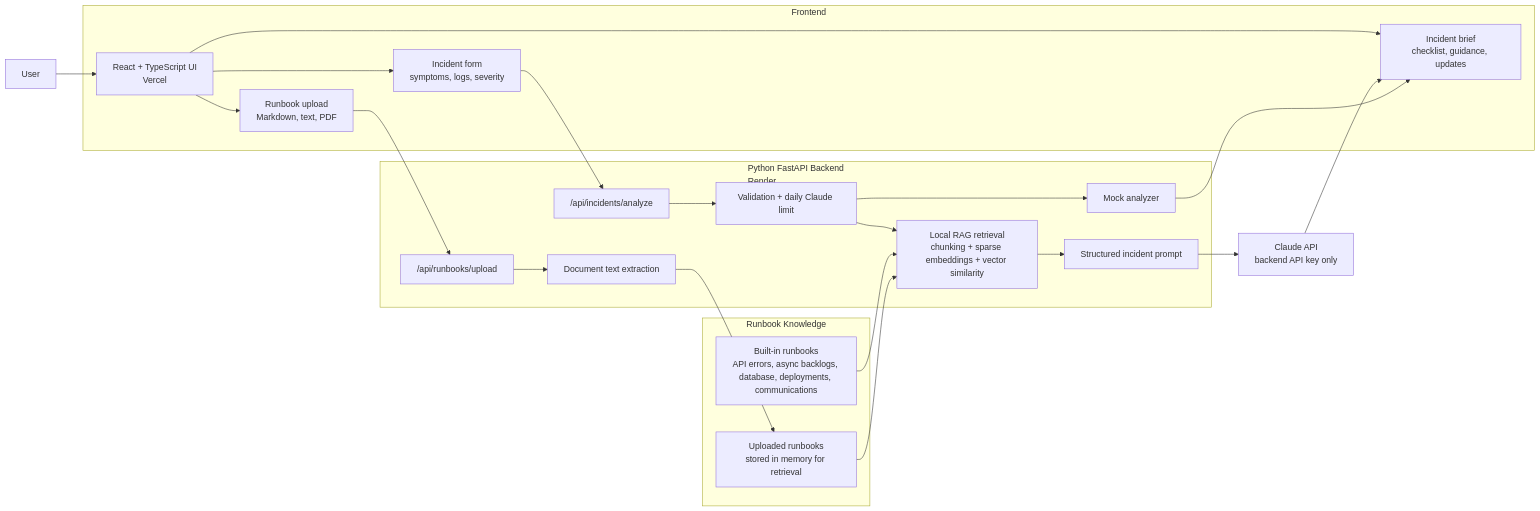
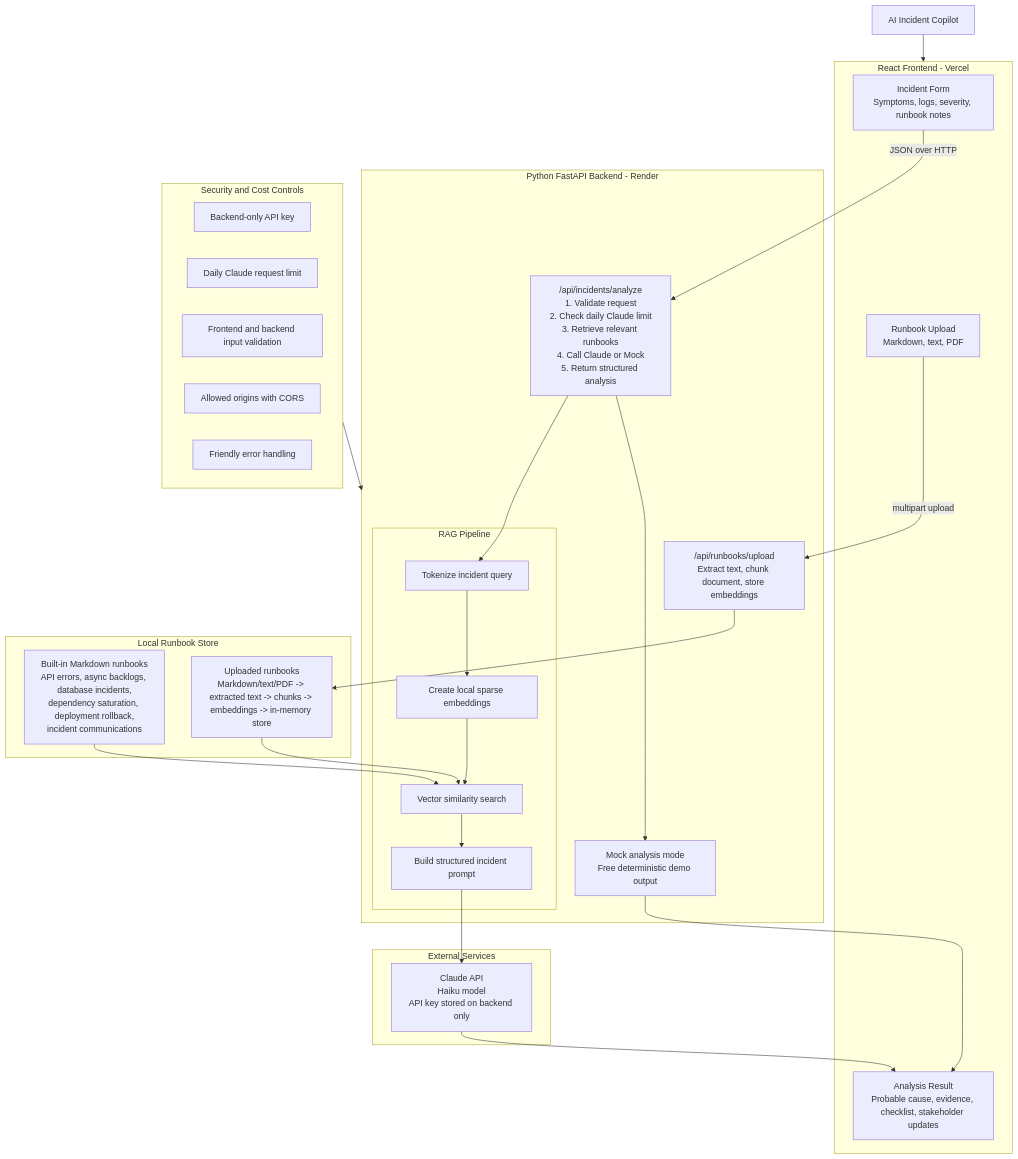
Before and after one commit to SwarnaKishore/ai-incident-copilot: the diagram in README.md, drawn with Mermaid.

Commit message:
update read me

````diff
--- a/README.md
+++ b/README.md
@@ -80,37 +80,54 @@
 ```mermaid
-flowchart LR
-    user["User"] --> ui["React + TypeScript UI<br/>Vercel"]
+flowchart TB
+    title["AI Incident Copilot"]
 
-    subgraph frontend["Frontend"]
-        ui --> form["Incident form<br/>symptoms, logs, severity"]
-        ui --> upload["Runbook upload<br/>Markdown, text, PDF"]
-        ui --> result["Incident brief<br/>checklist, guidance, updates"]
+    subgraph frontend["React Frontend - Vercel"]
+        form["Incident Form<br/>Symptoms, logs, severity, runbook notes"]
+        upload["Runbook Upload<br/>Markdown, text, PDF"]
+        result["Analysis Result<br/>Probable cause, evidence, checklist, stakeholder updates"]
     end
 
-    subgraph backend["Python FastAPI Backend<br/>Render"]
-        analyze["/api/incidents/analyze"]
-        uploadApi["/api/runbooks/upload"]
-        controls["Validation + daily Claude limit"]
-        parser["Document text extraction"]
-        retrieval["Local RAG retrieval<br/>chunking + sparse embeddings + vector similarity"]
-        prompt["Structured incident prompt"]
-        mock["Mock analyzer"]
+    subgraph backend["Python FastAPI Backend - Render"]
+        analyze["/api/incidents/analyze<br/>1. Validate request<br/>2. Check daily Claude limit<br/>3. Retrieve relevant runbooks<br/>4. Call Claude or Mock<br/>5. Return structured analysis"]
+        uploadApi["/api/runbooks/upload<br/>Extract text, chunk document, store embeddings"]
+
+        subgraph rag["RAG Pipeline"]
+            tokenize["Tokenize incident query"]
+            embed["Create local sparse embeddings"]
+            search["Vector similarity search"]
+            prompt["Build structured incident prompt"]
+        end
+
+        mock["Mock analysis mode<br/>Free deterministic demo output"]
     end
 
-    subgraph knowledge["Runbook Knowledge"]
-        builtin["Built-in runbooks<br/>API errors, async backlogs, database, deployments, communications"]
-        uploaded["Uploaded runbooks<br/>stored in memory for retrieval"]
+    subgraph store["Local Runbook Store"]
+        builtin["Built-in Markdown runbooks<br/>API errors, async backlogs, database incidents,<br/>dependency saturation, deployment rollback,<br/>incident communications"]
+        uploaded["Uploaded runbooks<br/>Markdown/text/PDF -> extracted text -> chunks -> embeddings -> in-memory store"]
     end
 
-    claude["Claude API<br/>backend API key only"]
+    subgraph external["External Services"]
+        claude["Claude API<br/>Haiku model<br/>API key stored on backend only"]
+    end
 
-    form --> analyze
-    upload --> uploadApi
-    uploadApi --> parser --> uploaded
-    analyze --> controls --> retrieval
-    builtin --> retrieval
-    uploaded --> retrieval
-    retrieval --> prompt
+    subgraph controls["Security and Cost Controls"]
+        key["Backend-only API key"]
+        limit["Daily Claude request limit"]
+        validation["Frontend and backend input validation"]
+        cors["Allowed origins with CORS"]
+        errors["Friendly error handling"]
+    end
+
+    title --> frontend
+    form -- "JSON over HTTP" --> analyze
+    upload -- "multipart upload" --> uploadApi
+    uploadApi --> uploaded
+
+    analyze --> tokenize --> embed --> search --> prompt
+    builtin --> search
+    uploaded --> search
     prompt --> claude --> result
-    controls --> mock --> result
+    analyze --> mock --> result
+
+    controls --> backend
 ```
````
